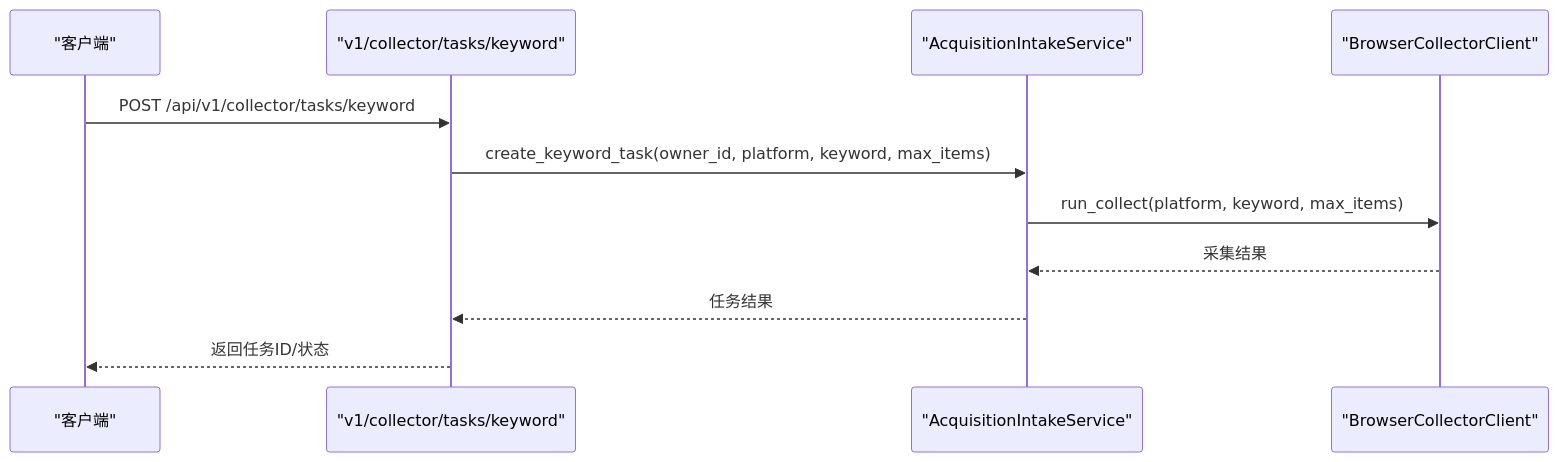
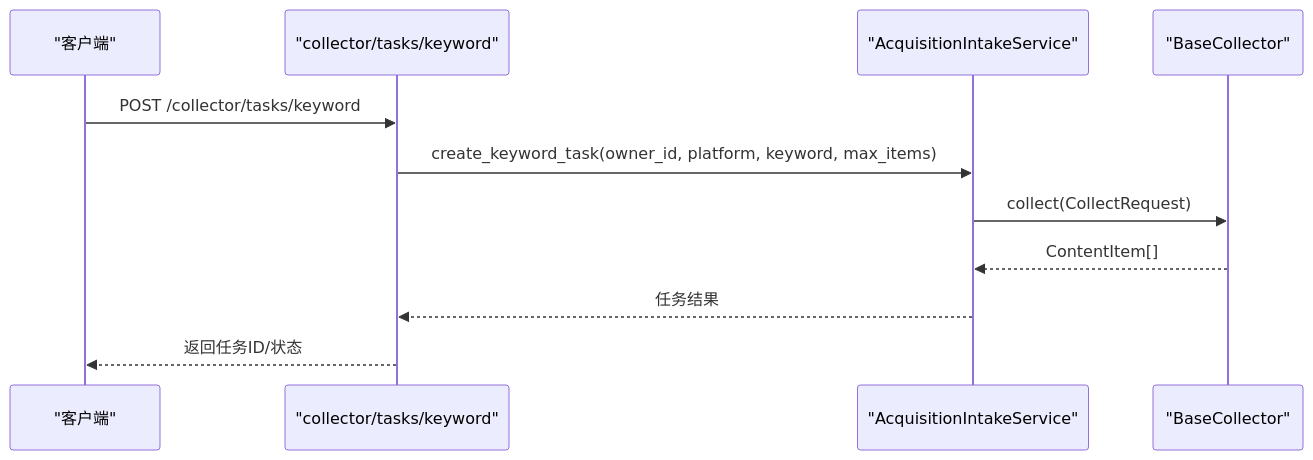
The fourth of 8 diagrams in .qoder/repowiki/zh/content/内容采集系统/内容采集系统.md (dream-ze/AI_huoke-), drawn with Mermaid before and after one commit. The commit also changed other lines of this file and 52 other files, not shown here.

````diff
--- a/.qoder/repowiki/zh/content/内容采集系统/内容采集系统.md
+++ b/.qoder/repowiki/zh/content/内容采集系统/内容采集系统.md
@@ -152,13 +253,13 @@
 ```mermaid
 sequenceDiagram
 participant C as "客户端"
-participant V1C as "v1/collector/tasks/keyword"
-participant AIS as "AcquisitionIntakeService"
-participant BCC as "BrowserCollectorClient"
-C->>V1C : POST /api/v1/collector/tasks/keyword
-V1C->>AIS : create_keyword_task(owner_id, platform, keyword, max_items)
-AIS->>BCC : run_collect(platform, keyword, max_items)
-BCC-->>AIS : 采集结果
-AIS-->>V1C : 任务结果
+participant V1C as "collector/tasks/keyword"
+participant AC as "AcquisitionIntakeService"
+participant BC as "BaseCollector"
+C->>V1C : POST /collector/tasks/keyword
+V1C->>AC : create_keyword_task(owner_id, platform, keyword, max_items)
+AC->>BC : collect(CollectRequest)
+BC-->>AC : ContentItem[]
+AC-->>V1C : 任务结果
 V1C-->>C : 返回任务ID/状态
 ```
````
